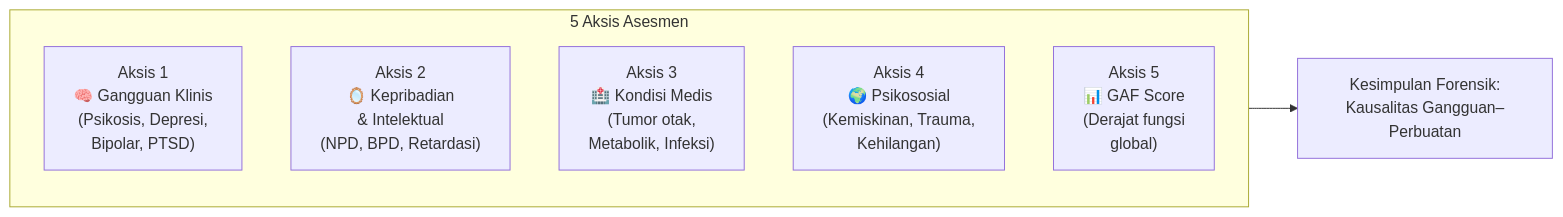
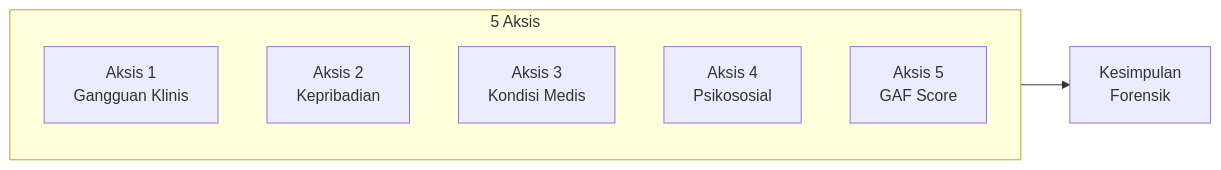
Before and after one commit to hifdzimaulana/beate-vivere: the third of 8 diagrams in content/Lectures/psikiatri-forensik.md, drawn with Mermaid. The commit also changed other lines of this file and 1 other file, not shown here.

Commit message:
Fix mermaid diagrams: replace \n with <br/> and remove emojis

````diff
--- a/content/Lectures/psikiatri-forensik.md
+++ b/content/Lectures/psikiatri-forensik.md
@@ -171,11 +171,11 @@
 ```mermaid
 graph LR
-    subgraph AKSIS["5 Aksis Asesmen"]
-        A1["Aksis 1\n🧠 Gangguan Klinis\n(Psikosis, Depresi,\nBipolar, PTSD)"]
-        A2["Aksis 2\n🪞 Kepribadian\n& Intelektual\n(NPD, BPD, Retardasi)"]
-        A3["Aksis 3\n🏥 Kondisi Medis\n(Tumor otak,\nMetabolik, Infeksi)"]
-        A4["Aksis 4\n🌍 Psikososial\n(Kemiskinan, Trauma,\nKehilangan)"]
-        A5["Aksis 5\n📊 GAF Score\n(Derajat fungsi\nglobal)"]
+    subgraph AKSIS["5 Aksis"]
+        A1["Aksis 1<br/>Gangguan Klinis"]
+        A2["Aksis 2<br/>Kepribadian"]
+        A3["Aksis 3<br/>Kondisi Medis"]
+        A4["Aksis 4<br/>Psikososial"]
+        A5["Aksis 5<br/>GAF Score"]
     end
-    AKSIS --> OUT["Kesimpulan Forensik:\nKausalitas Gangguan–Perbuatan"]
+    AKSIS --> OUT["Kesimpulan<br/>Forensik"]
 ```
````
